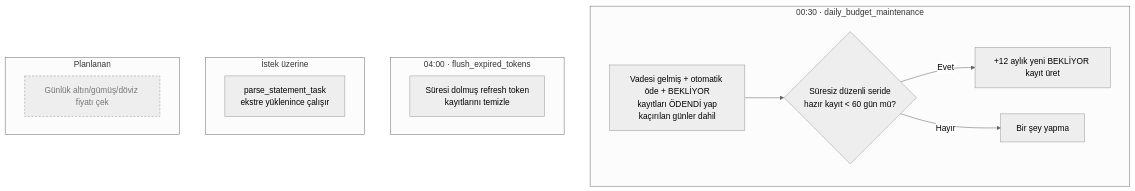
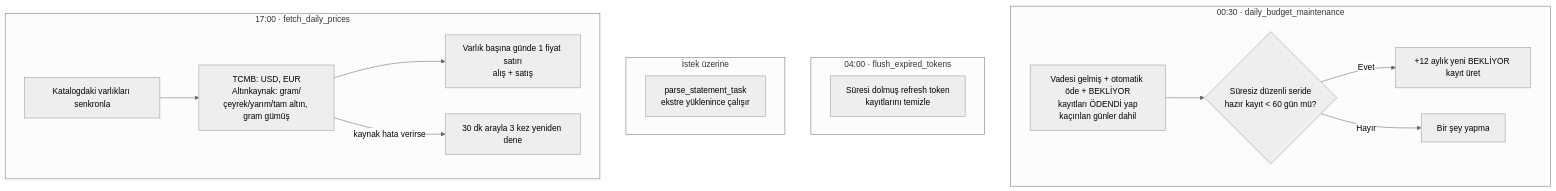
The fifth of 10 diagrams in docs/FLOW.md (anilcelik0/saving), drawn with Mermaid (neutral theme) before and after one commit. The commit also changed other lines of this file and 34 other files, not shown here.

````diff
--- a/docs/FLOW.md
+++ b/docs/FLOW.md
@@ -135,18 +137,20 @@
 ```mermaid
 flowchart TD
     subgraph G1["00:30 · daily_budget_maintenance"]
         A1[Vadesi gelmiş + otomatik öde + BEKLİYOR<br/>kayıtları ÖDENDİ yap<br/>kaçırılan günler dahil] --> A2{Süresiz düzenli seride<br/>hazır kayıt < 60 gün mü?}
         A2 -- Evet --> A3[+12 aylık yeni BEKLİYOR kayıt üret]
         A2 -- Hayır --> A4[Bir şey yapma]
     end
     subgraph G2["04:00 · flush_expired_tokens"]
         B1[Süresi dolmuş refresh token<br/>kayıtlarını temizle]
     end
     subgraph G3["İstek üzerine"]
         C2[parse_statement_task<br/>ekstre yüklenince çalışır]
     end
-    subgraph G4["Planlanan"]
-        C1[Günlük altın/gümüş/döviz fiyatı çek]:::todo
+    subgraph G4["17:00 · fetch_daily_prices"]
+        C1[Katalogdaki varlıkları senkronla] --> C3[TCMB: USD, EUR<br/>Altınkaynak: gram/çeyrek/yarım/tam altın, gram gümüş]
+        C3 --> C4[Varlık başına günde 1 fiyat satırı<br/>alış + satış]
+        C3 -- kaynak hata verirse --> C5[30 dk arayla 3 kez yeniden dene]
     end
     classDef todo fill:#eee,stroke:#999,stroke-dasharray:4 3,color:#777
 ```
````
